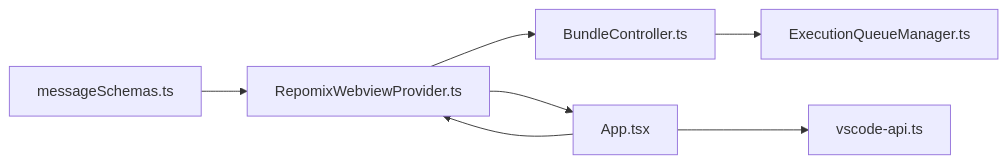
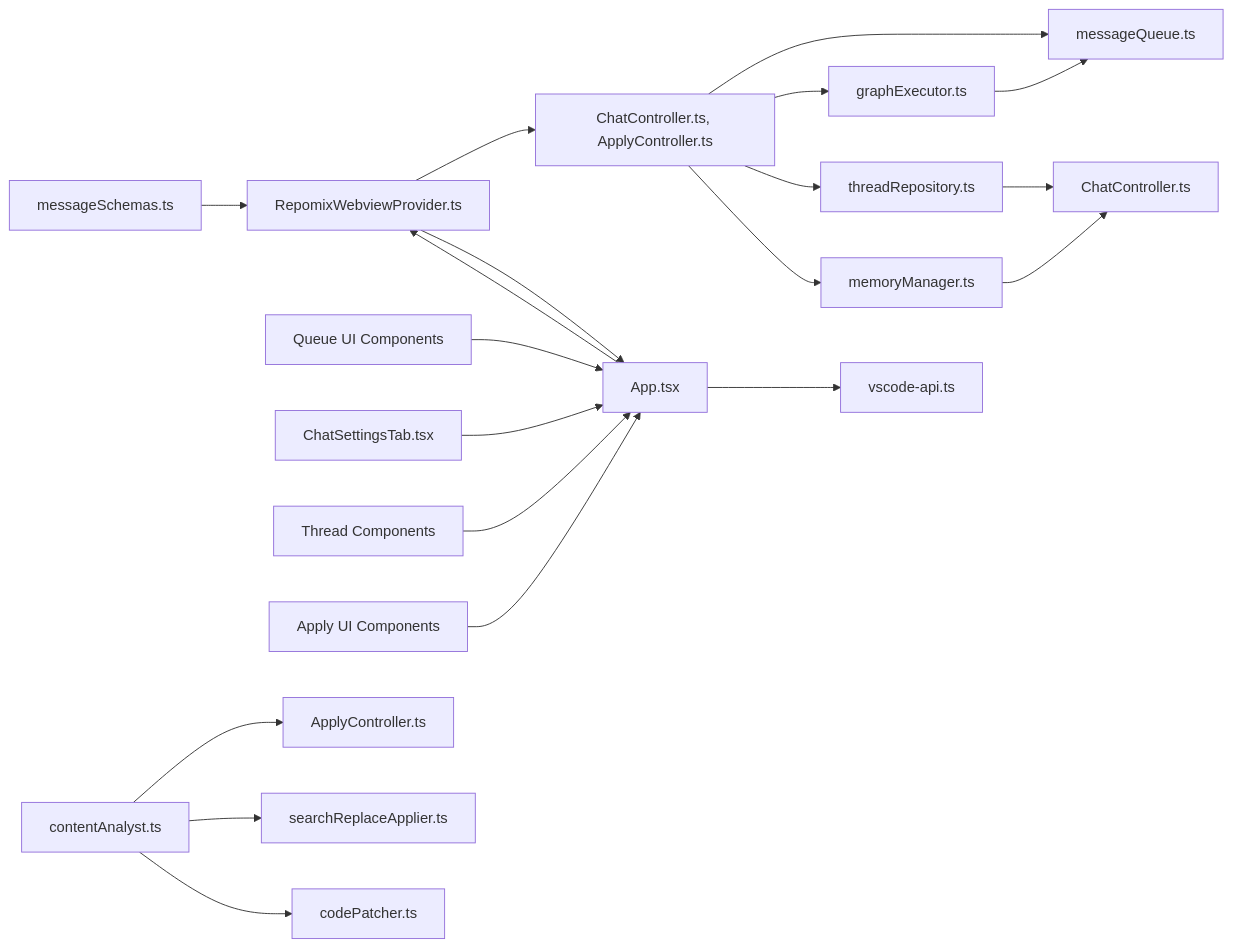
Before and after one commit to bramburn/repomix-runner: diagram 15 of 15 in .qoder/repowiki/en/content/Webview Interface/Message Handling System.md, drawn with Mermaid. The commit also changed other lines of this file and 27 other files, not shown here.

````diff
--- a/.qoder/repowiki/en/content/Webview Interface/Message Handling System.md
+++ b/.qoder/repowiki/en/content/Webview Interface/Message Handling System.md
@@ -269,9 +1168,22 @@
 ```mermaid
 graph LR
 Schemas["messageSchemas.ts"] --> Provider["RepomixWebviewProvider.ts"]
-Provider --> Controllers["BundleController.ts"]
-Controllers --> Queue["ExecutionQueueManager.ts"]
+Provider --> Controllers["ChatController.ts, ApplyController.ts"]
+Controllers --> MessageQueue["messageQueue.ts"]
+Controllers --> GraphExec["graphExecutor.ts"]
+Controllers --> ThreadRepo["threadRepository.ts"]
+Controllers --> MemoryMgr["memoryManager.ts"]
+GraphExec --> MessageQueue
 App["App.tsx"] --> Provider
 App --> VSAPI["vscode-api.ts"]
 Provider --> App
+QueueUI["Queue UI Components"] --> App
+ChatSettingsUI["ChatSettingsTab.tsx"] --> App
+ThreadUI["Thread Components"] --> App
+ApplyUI["Apply UI Components"] --> App
+FuzzyMatch["contentAnalyst.ts"] --> ApplyController["ApplyController.ts"]
+FuzzyMatch --> SearchReplace["searchReplaceApplier.ts"]
+FuzzyMatch --> CodePatcher["codePatcher.ts"]
+ThreadRepo --> ChatController["ChatController.ts"]
+MemoryMgr --> ChatController
 ```
````
